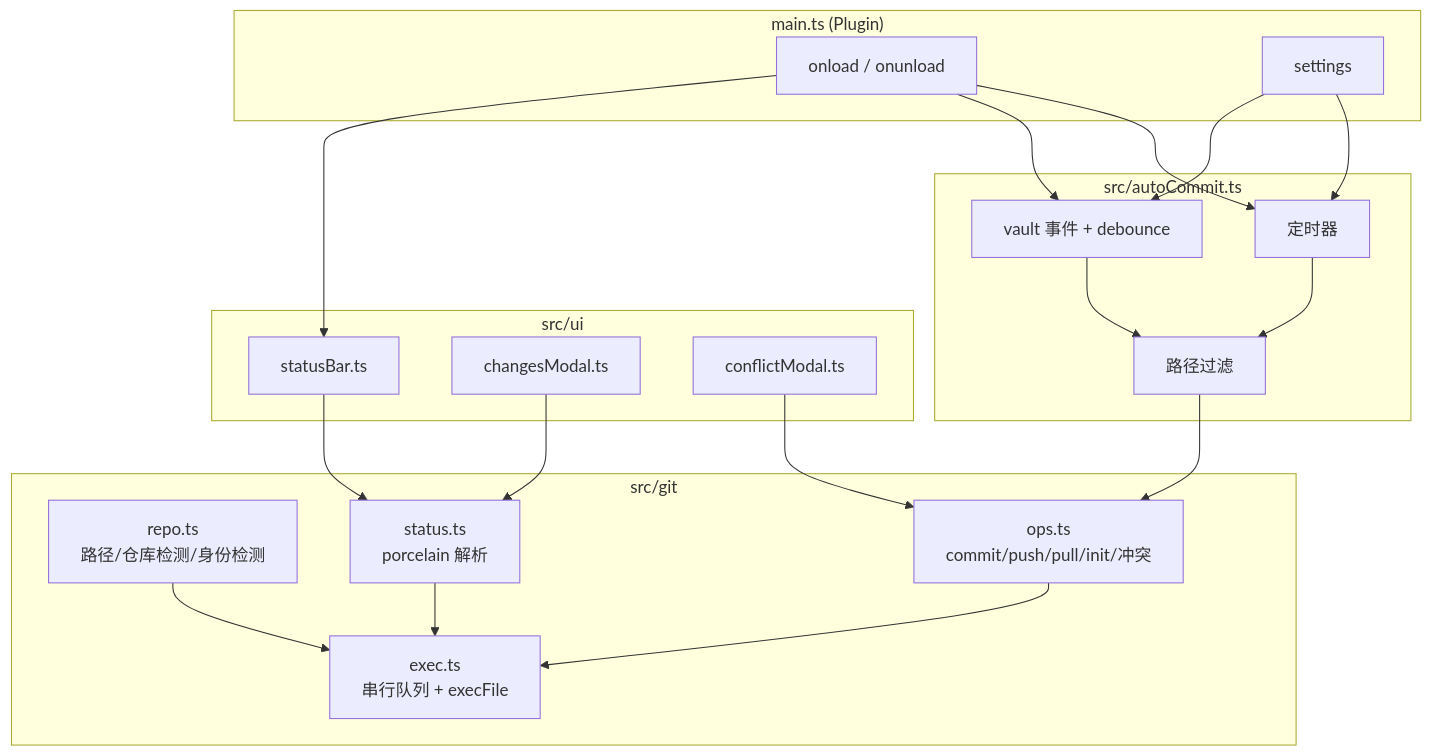
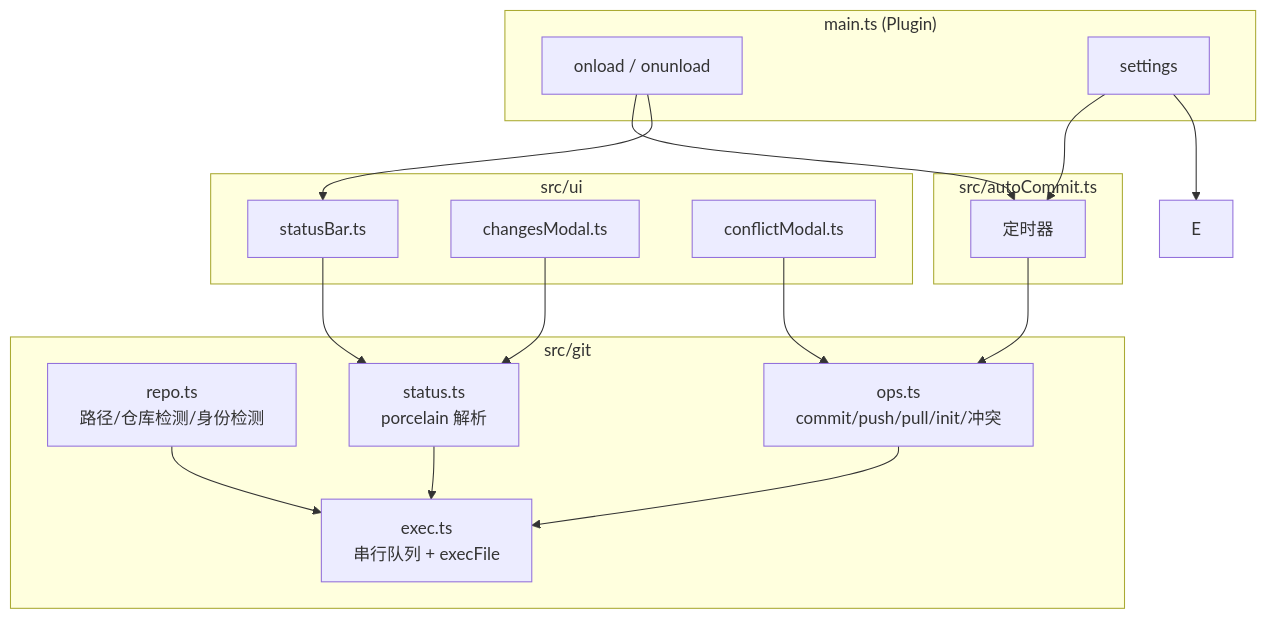
The first of 3 diagrams in PLUGIN-PLAN.md (mffeiron-ai/Obsidian-Rion-git), drawn with Mermaid before and after one commit. The commit also changed other lines of this file and 9 other files, not shown here.

````diff
--- a/PLUGIN-PLAN.md
+++ b/PLUGIN-PLAN.md
@@ -68,36 +69,34 @@
 ```mermaid
 graph TB
     subgraph Plugin["main.ts (Plugin)"]
         L[onload / onunload]
         S[settings]
     end
 
     subgraph Git["src/git"]
         Q[exec.ts<br/>串行队列 + execFile]
         R[repo.ts<br/>路径/仓库检测/身份检测]
         ST[status.ts<br/>porcelain 解析]
         OP[ops.ts<br/>commit/push/pull/init/冲突]
     end
 
     subgraph Auto["src/autoCommit.ts"]
         T[定时器]
-        E[vault 事件 + debounce]
-        F[路径过滤]
     end
 
     subgraph UI["src/ui"]
         SB[statusBar.ts]
         CM[changesModal.ts]
         CF[conflictModal.ts]
     end
 
-    L --> T & E & SB
-    T & E --> F --> OP
+    L --> T & SB
+    T --> OP
     OP --> Q
     ST --> Q
     R --> Q
     SB --> ST
     CM --> ST
     CF --> OP
     S --> T & E
 ```
````
